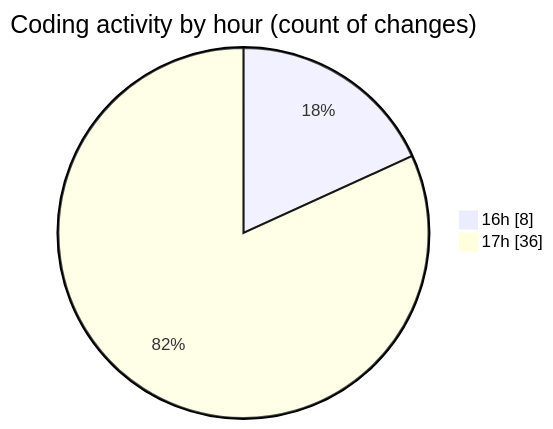
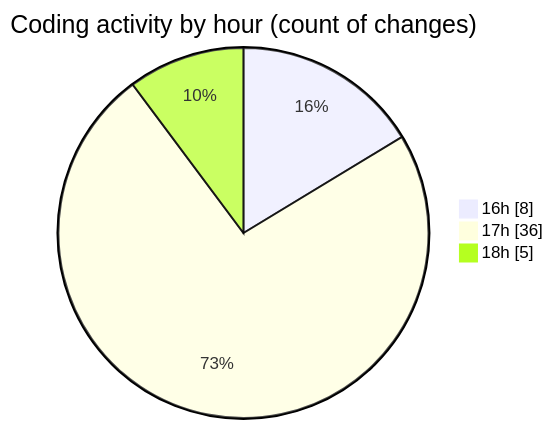
One commit to robertbonfada/code-tracking changed the second of 2 diagrams in 2025-01-08/mbc-web/README.md. Above: the diagram before and after it, drawn with Mermaid. The commit also changed other lines of this file and 1 other file, not shown here.

````diff
--- a/2025-01-08/mbc-web/README.md
+++ b/2025-01-08/mbc-web/README.md
@@ -43,6 +43,7 @@
 ```mermaid
 pie showData
 title Coding activity by hour (count of changes)
 "16h" : 8
 "17h" : 36
+"18h" : 5
 ```
````
